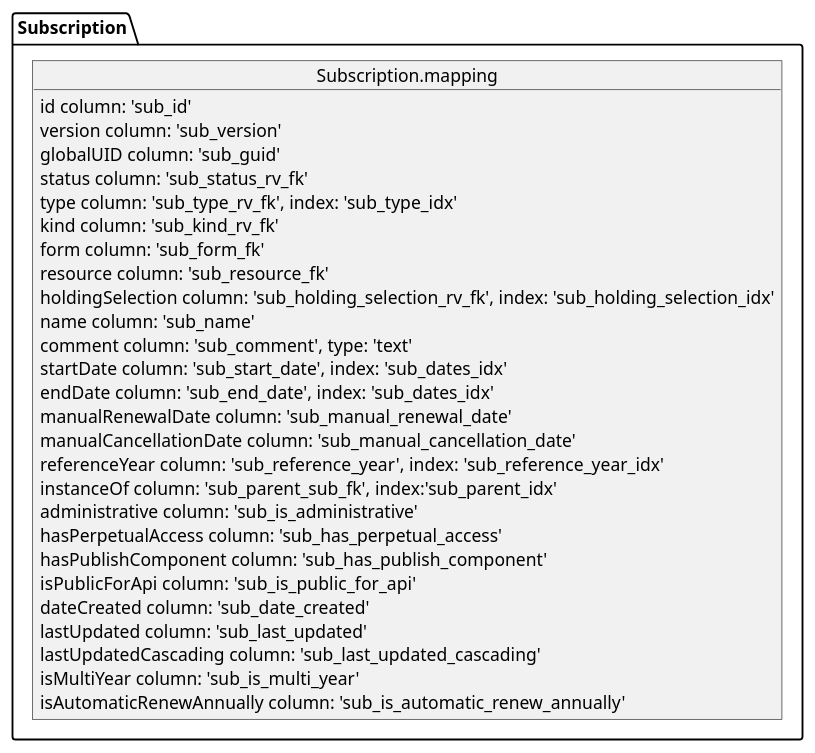
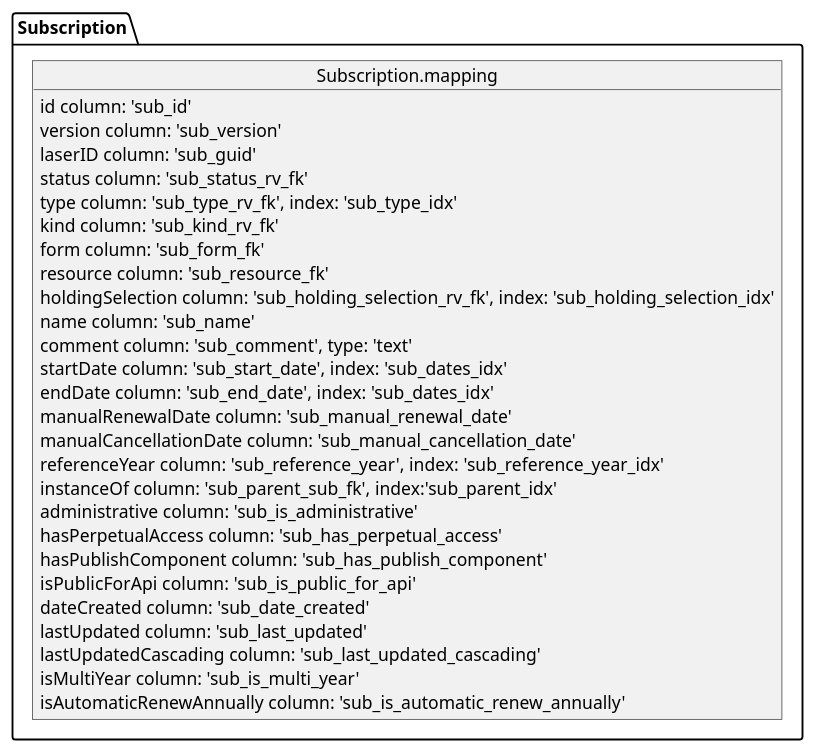
The diagram in documentation/UML/subscription_gorm.puml (hbz/laser3), drawn with PlantUML before and after one commit. The commit also changed 102 other files, not shown here.

Commit message:
erms-6493 - renamed dc attribute globalUID -> laserID

```diff
--- a/documentation/UML/subscription_gorm.puml
+++ b/documentation/UML/subscription_gorm.puml
@@ -1,32 +1,32 @@
 @startuml
 
 object Subscription.mapping {
     id column: 'sub_id'
     version column: 'sub_version'
-    globalUID column: 'sub_guid'
+    laserID column: 'sub_guid'
     status column: 'sub_status_rv_fk'
     type column: 'sub_type_rv_fk', index: 'sub_type_idx'
     kind column: 'sub_kind_rv_fk'
     form column: 'sub_form_fk'
     resource column: 'sub_resource_fk'
     holdingSelection column: 'sub_holding_selection_rv_fk', index: 'sub_holding_selection_idx'
     name column: 'sub_name'
     comment column: 'sub_comment', type: 'text'
     startDate column: 'sub_start_date', index: 'sub_dates_idx'
     endDate column: 'sub_end_date', index: 'sub_dates_idx'
     manualRenewalDate column: 'sub_manual_renewal_date'
     manualCancellationDate column: 'sub_manual_cancellation_date'
     referenceYear column: 'sub_reference_year', index: 'sub_reference_year_idx'
     instanceOf column: 'sub_parent_sub_fk', index:'sub_parent_idx'
     administrative column: 'sub_is_administrative'
     hasPerpetualAccess column: 'sub_has_perpetual_access'
     hasPublishComponent column: 'sub_has_publish_component'
     isPublicForApi  column: 'sub_is_public_for_api'
     dateCreated column: 'sub_date_created'
     lastUpdated column: 'sub_last_updated'
     lastUpdatedCascading column: 'sub_last_updated_cascading'
     isMultiYear column: 'sub_is_multi_year'
     isAutomaticRenewAnnually column: 'sub_is_automatic_renew_annually'
 }
 
 @enduml
```
